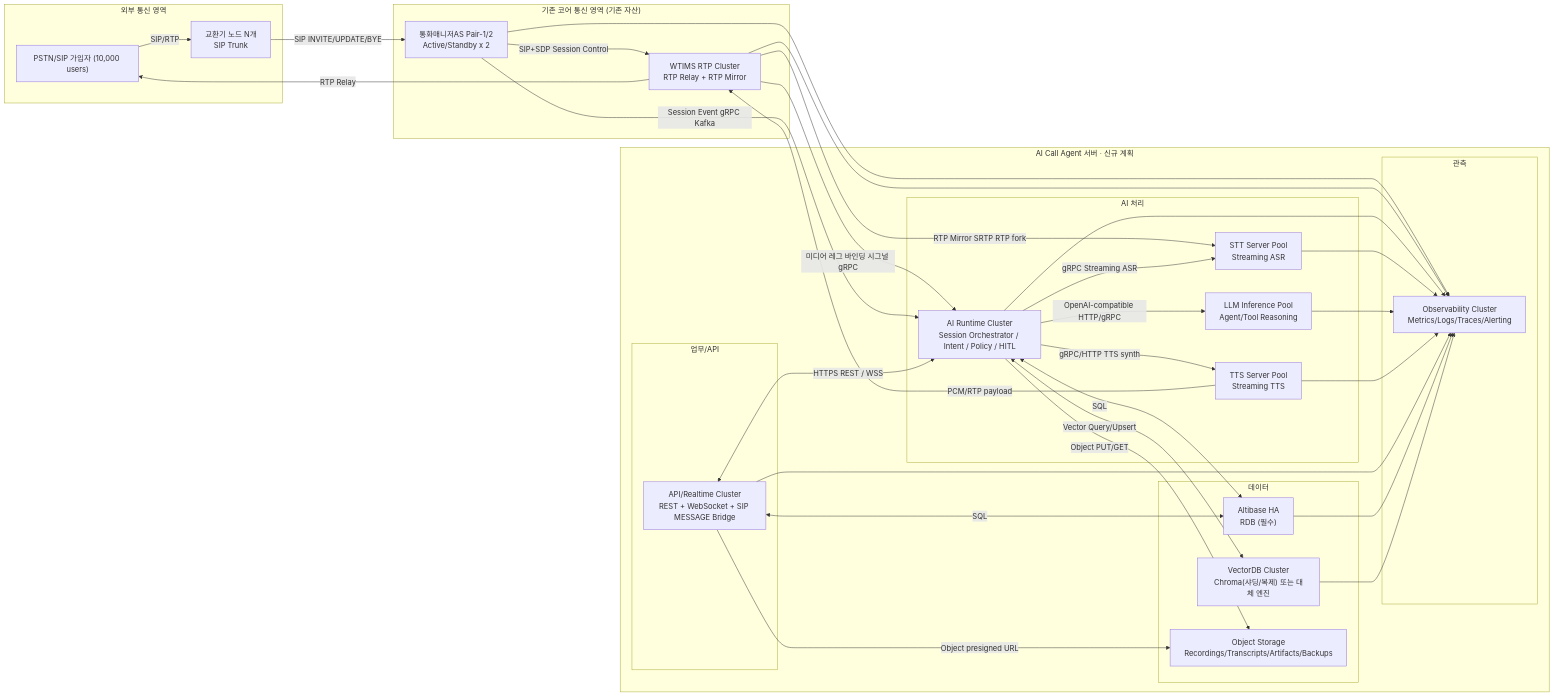
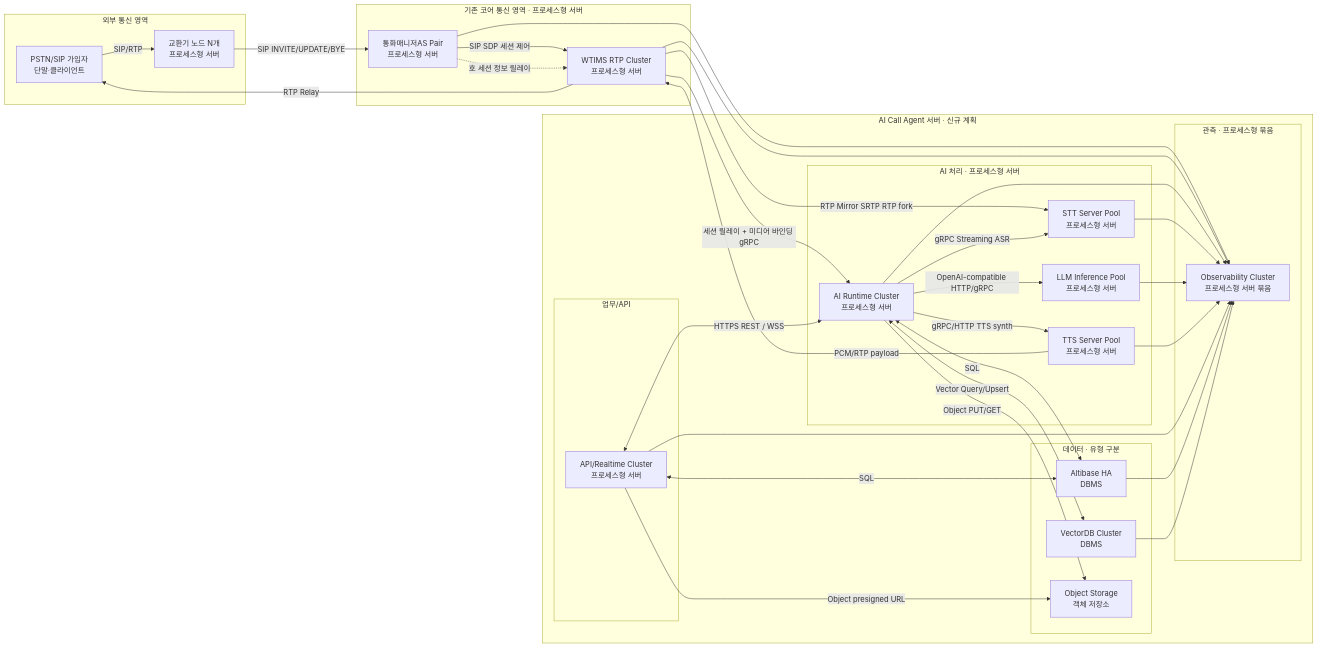
One commit to hak023/agentic_ai_callbot changed the first of 4 diagrams in docs/architecture/production-deployment-architecture.md. Above: the diagram before and after it, drawn with Mermaid. The commit also changed other lines of this file, not shown here.

Commit message:
docs(architecture): CM→WT→AIR 세션 릴레이 단일 진입, 다이어그램 유형 표기

````diff
--- a/docs/architecture/production-deployment-architecture.md
+++ b/docs/architecture/production-deployment-architecture.md
@@ -76,65 +74,65 @@
 ```mermaid
 flowchart LR
     subgraph EXT["외부 통신 영역"]
-        CUST["PSTN/SIP 가입자 (10,000 users)"]
-        EX["교환기 노드 N개<br/>SIP Trunk"]
+        CUST["PSTN/SIP 가입자<br/>단말·클라이언트"]
+        EX["교환기 노드 N개<br/>프로세스형 서버"]
     end
 
-    subgraph CORE["기존 코어 통신 영역 (기존 자산)"]
-        CM["통화매니저AS Pair-1/2<br/>Active/Standby x 2"]
-        WT["WTIMS RTP Cluster<br/>RTP Relay + RTP Mirror"]
+    subgraph CORE["기존 코어 통신 영역 · 프로세스형 서버"]
+        CM["통화매니저AS Pair<br/>프로세스형 서버"]
+        WT["WTIMS RTP Cluster<br/>프로세스형 서버"]
     end
 
     subgraph ACA["AI Call Agent 서버 · 신규 계획"]
-        subgraph AI["AI 처리"]
-            AIR["AI Runtime Cluster<br/>Session Orchestrator / Intent / Policy / HITL"]
-            STT["STT Server Pool<br/>Streaming ASR"]
-            LLM["LLM Inference Pool<br/>Agent/Tool Reasoning"]
-            TTS["TTS Server Pool<br/>Streaming TTS"]
+        subgraph AI["AI 처리 · 프로세스형 서버"]
+            AIR["AI Runtime Cluster<br/>프로세스형 서버"]
+            STT["STT Server Pool<br/>프로세스형 서버"]
+            LLM["LLM Inference Pool<br/>프로세스형 서버"]
+            TTS["TTS Server Pool<br/>프로세스형 서버"]
         end
 
         subgraph APP["업무/API"]
-            API["API/Realtime Cluster<br/>REST + WebSocket + SIP MESSAGE Bridge"]
+            API["API/Realtime Cluster<br/>프로세스형 서버"]
         end
 
-        subgraph DATA["데이터"]
-            ALT["Altibase HA<br/>RDB (필수)"]
-            VDB["VectorDB Cluster<br/>Chroma(샤딩/복제) 또는 대체 엔진"]
-            OBJ["Object Storage<br/>Recordings/Transcripts/Artifacts/Backups"]
+        subgraph DATA["데이터 · 유형 구분"]
+            ALT["Altibase HA<br/>DBMS"]
+            VDB["VectorDB Cluster<br/>DBMS"]
+            OBJ["Object Storage<br/>객체 저장소"]
         end
 
-        subgraph OBS["관측"]
-            OBSV["Observability Cluster<br/>Metrics/Logs/Traces/Alerting"]
+        subgraph OBS["관측 · 프로세스형 묶음"]
+            OBSV["Observability Cluster<br/>프로세스형 서버 묶음"]
         end
     end
 
     CUST -->|SIP/RTP| EX
     EX -->|SIP INVITE/UPDATE/BYE| CM
-    CM -->|SIP+SDP Session Control| WT
+    CM -->|SIP SDP 세션 제어| WT
+    CM -.->|호 세션 정보 릴레이| WT
     WT -->|RTP Relay| CUST
     WT -->|RTP Mirror SRTP RTP fork| STT
-    WT -->|미디어 레그 바인딩 시그널 gRPC| AIR
+    WT -->|세션 릴레이 + 미디어 바인딩 gRPC| AIR
 
-    CM -->|Session Event gRPC Kafka| AIR
     AIR -->|gRPC Streaming ASR| STT
     AIR -->|OpenAI-compatible HTTP/gRPC| LLM
     AIR -->|gRPC/HTTP TTS synth| TTS
     TTS -->|PCM/RTP payload| WT
 
     API <-->|HTTPS REST / WSS| AIR
     API <-->|SQL| ALT
     AIR <-->|SQL| ALT
     AIR <-->|Vector Query/Upsert| VDB
     AIR -->|Object PUT/GET| OBJ
     API -->|Object presigned URL| OBJ
 
     CM --> OBSV
     WT --> OBSV
     AIR --> OBSV
     STT --> OBSV
     LLM --> OBSV
     TTS --> OBSV
     API --> OBSV
     ALT --> OBSV
     VDB --> OBSV
 ```
````
